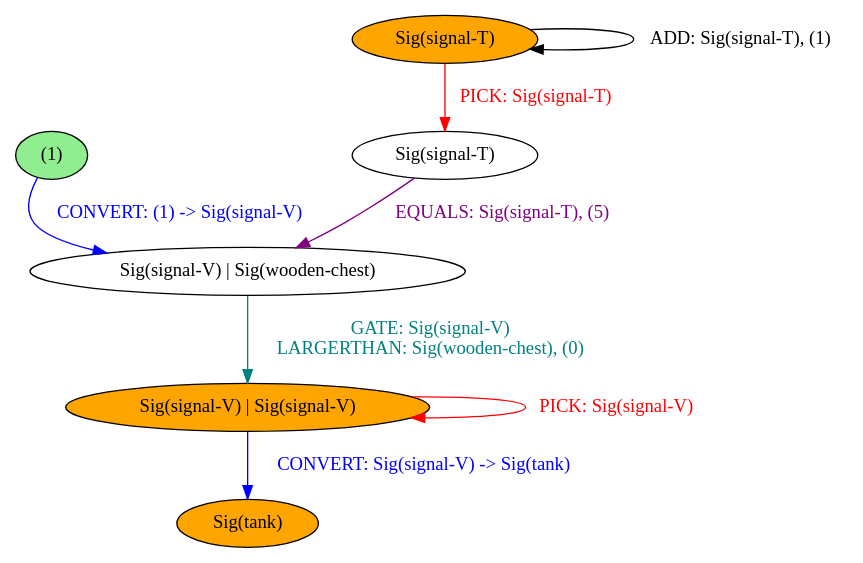
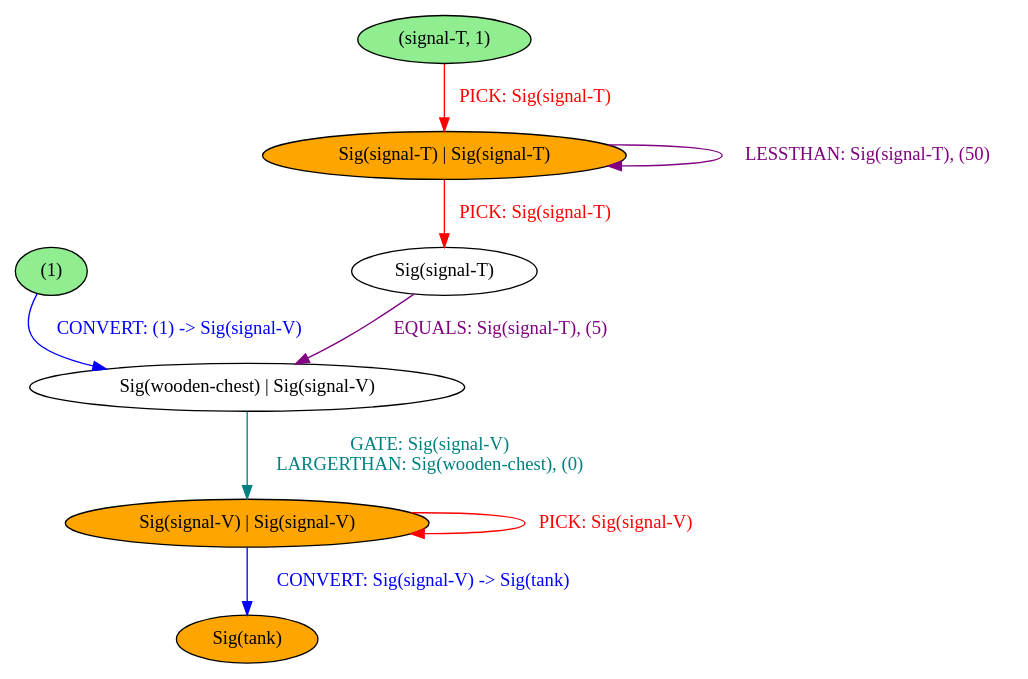
The diagram in chef/example_outputs/counter.dot (BalderHolst/chef), drawn with Graphviz before and after one commit.

```diff
--- a/chef/example_outputs/counter.dot
+++ b/chef/example_outputs/counter.dot
@@ -1,17 +1,19 @@
 strict digraph {
 	nodesep=1
-	5	[style=filled fillcolor=lightgreen label="(1)"]
-	7	[style=filled fillcolor=orange label="Sig(tank)"]
-	6	[style=filled fillcolor=white label="Sig(signal-V) | Sig(wooden-chest)"]
-	1	[style=filled fillcolor=orange label="Sig(signal-V) | Sig(signal-V)"]
-	0	[style=filled fillcolor=orange label="Sig(signal-T)"]
-	3	[style=filled fillcolor=white label="Sig(signal-T)"]
-	5 -> 6	[label="CONVERT: (1) -> Sig(signal-V)" color=blue fontcolor=blue]
-	6 -> 1	[label="GATE: Sig(signal-V)
+	5	[style=filled fillcolor=white label="Sig(signal-T)"]
+	7	[style=filled fillcolor=lightgreen label="(1)"]
+	1	[style=filled fillcolor=orange label="Sig(signal-T) | Sig(signal-T)"]
+	3	[style=filled fillcolor=orange label="Sig(signal-V) | Sig(signal-V)"]
+	2	[style=filled fillcolor=lightgreen label="(signal-T, 1)"]
+	9	[style=filled fillcolor=orange label="Sig(tank)"]
+	8	[style=filled fillcolor=white label="Sig(wooden-chest) | Sig(signal-V)"]
+	5 -> 8	[label="EQUALS: Sig(signal-T), (5)" color=purple fontcolor=purple]
+	7 -> 8	[label="CONVERT: (1) -> Sig(signal-V)" color=blue fontcolor=blue]
+	1 -> 1	[label="LESSTHAN: Sig(signal-T), (50)" color=purple fontcolor=purple]
+	1 -> 5	[label="PICK: Sig(signal-T)" color=red fontcolor=red]
+	3 -> 3	[label="PICK: Sig(signal-V)" color=red fontcolor=red]
+	3 -> 9	[label="CONVERT: Sig(signal-V) -> Sig(tank)" color=blue fontcolor=blue]
+	2 -> 1	[label="PICK: Sig(signal-T)" color=red fontcolor=red]
+	8 -> 3	[label="GATE: Sig(signal-V)
 LARGERTHAN: Sig(wooden-chest), (0)" color=teal fontcolor=teal]
-	1 -> 1	[label="PICK: Sig(signal-V)" color=red fontcolor=red]
-	1 -> 7	[label="CONVERT: Sig(signal-V) -> Sig(tank)" color=blue fontcolor=blue]
-	0 -> 0	[label="ADD: Sig(signal-T), (1)" color=black fontcolor=black]
-	0 -> 3	[label="PICK: Sig(signal-T)" color=red fontcolor=red]
-	3 -> 6	[label="EQUALS: Sig(signal-T), (5)" color=purple fontcolor=purple]
 }
```
